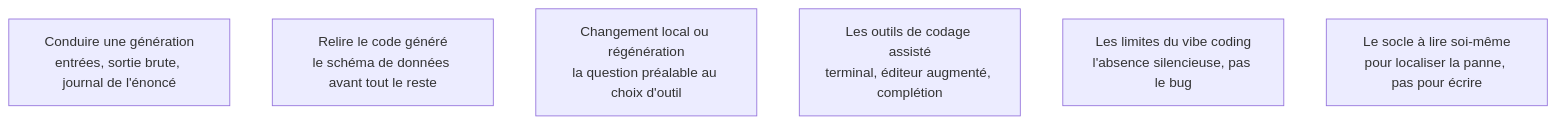
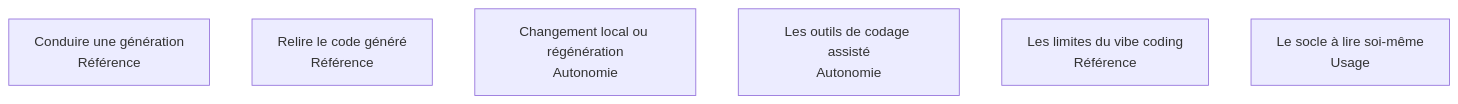
Before and after one commit to floSa/Atlas-Metiers-Roadmaps: the diagram in content/parcours/ai-product-builder/generation-et-reprise/index.md, drawn with Mermaid. The commit also changed other lines of this file and 7 other files, not shown here.

````diff
--- a/content/parcours/ai-product-builder/generation-et-reprise/index.md
+++ b/content/parcours/ai-product-builder/generation-et-reprise/index.md
@@ -11,16 +11,16 @@
 ```mermaid
 flowchart TD
-  C["Conduire une génération<br/>entrées, sortie brute, journal de l'énoncé"]
-  R["Relire le code généré<br/>le schéma de données avant tout le reste"]
-  D["Changement local ou régénération<br/>la question préalable au choix d'outil"]
-  O["Les outils de codage assisté<br/>terminal, éditeur augmenté, complétion"]
-  V["Les limites du vibe coding<br/>l'absence silencieuse, pas le bug"]
-  S["Le socle à lire soi-même<br/>pour localiser la panne, pas pour écrire"]
+  C["Conduire une génération<br/>Référence"]
+  R["Relire le code généré<br/>Référence"]
+  D["Changement local ou régénération<br/>Autonomie"]
+  O["Les outils de codage assisté<br/>Autonomie"]
+  V["Les limites du vibe coding<br/>Référence"]
+  S["Le socle à lire soi-même<br/>Usage"]
 
   click C "/parcours/ai-product-builder/generation-et-reprise/conduire-une-generation"
   click R "/parcours/ai-product-builder/generation-et-reprise/relire-le-code-genere"
   click D "/parcours/ai-product-builder/generation-et-reprise/changement-local-ou-regeneration"
   click O "/parcours/ai-product-builder/generation-et-reprise/les-outils-de-codage-assiste"
   click V "/parcours/ai-product-builder/generation-et-reprise/les-limites-du-vibe-coding"
   click S "/parcours/ai-product-builder/generation-et-reprise/le-socle-a-lire-soi-meme"
 ```
````
